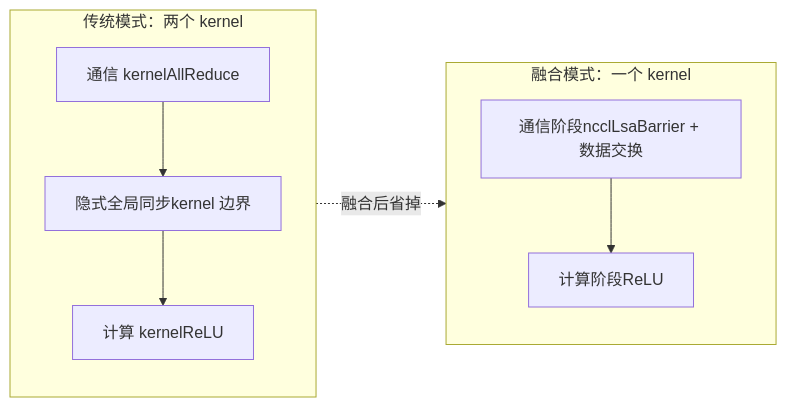
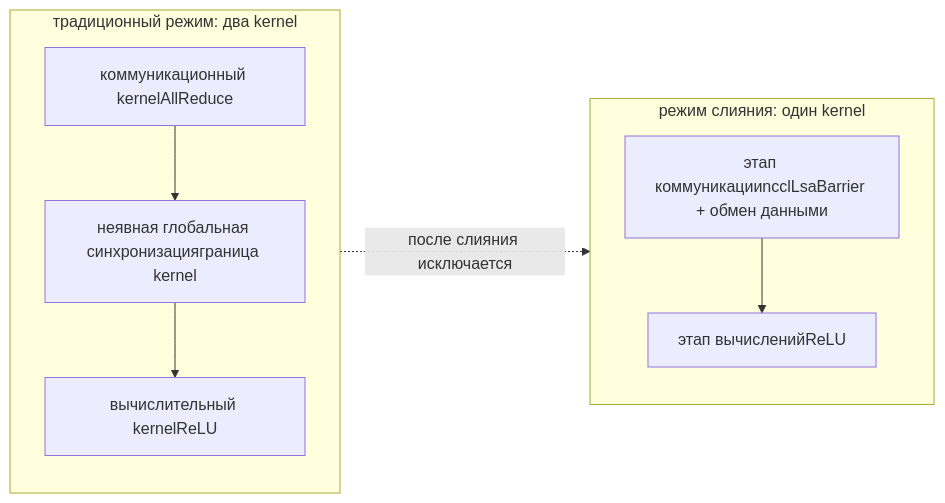
The fifth of 5 diagrams in books/nccl/ru/20-device-api-and-kernel-fusion.md (maleRjc/AiReadCodeBooks), drawn with Mermaid before and after one commit. The commit also changed other lines of this file and 74 other files, not shown here.

````diff
--- a/books/nccl/ru/20-device-api-and-kernel-fusion.md
+++ b/books/nccl/ru/20-device-api-and-kernel-fusion.md
@@ -311,12 +313,12 @@
 ```mermaid
 flowchart LR
-    subgraph old["传统模式：两个 kernel"]
-        k1["通信 kernelAllReduce"] --> sync["隐式全局同步kernel 边界"]
-        sync --> k2["计算 kernelReLU"]
+    subgraph old["традиционный режим: два kernel"]
+        k1["коммуникационный kernelAllReduce"] --> sync["неявная глобальная синхронизацияграница kernel"]
+        sync --> k2["вычислительный kernelReLU"]
     end
-    subgraph fused["融合模式：一个 kernel"]
-        f1["通信阶段ncclLsaBarrier + 数据交换"]
-        f1 --> f2["计算阶段ReLU"]
+    subgraph fused["режим слияния: один kernel"]
+        f1["этап коммуникацииncclLsaBarrier + обмен данными"]
+        f1 --> f2["этап вычисленийReLU"]
     end
-    old -.->|"融合后省掉"| fused
+    old -.->|"после слияния исключается"| fused
 ```
````
